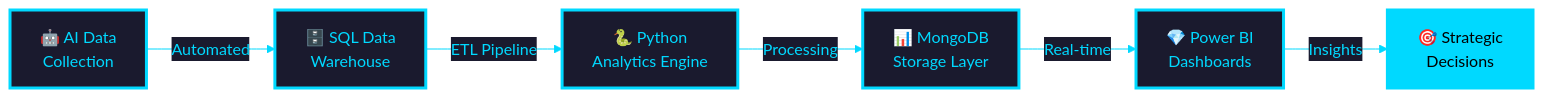
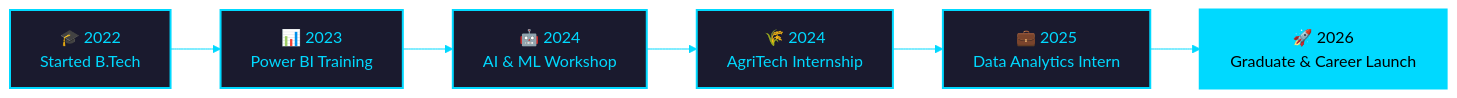
The diagram in README.md (gokul2005083-source/gokul2005083-source-), drawn with Mermaid before and after one commit. The commit also changed other lines of this file, not shown here.

````diff
--- a/README.md
+++ b/README.md
@@ -248,17 +446,17 @@
 ```mermaid
-%%{init: {'theme':'base', 'themeVariables': { 'primaryColor':'#0D1117','primaryTextColor':'#00D9FF','primaryBorderColor':'#00D9FF','lineColor':'#00D9FF','secondaryColor':'#1a1a2e','tertiaryColor':'#16213e'}}}%%
+%%{init: {'theme':'base', 'themeVariables': { 'primaryColor':'#0D1117','primaryTextColor':'#00D9FF','primaryBorderColor':'#00D9FF','lineColor':'#00D9FF'}}}%%
 
 graph LR
-    A[🤖 AI Data<br/>Collection] -->|Automated| B[🗄️ SQL Data<br/>Warehouse]
-    B -->|ETL Pipeline| C[🐍 Python<br/>Analytics Engine]
-    C -->|Processing| D[📊 MongoDB<br/>Storage Layer]
-    D -->|Real-time| E[💎 Power BI<br/>Dashboards]
-    E -->|Insights| F[🎯 Strategic<br/>Decisions]
+    A[🎓 2022<br/>Started B.Tech] --> B[📊 2023<br/>Power BI Training]
+    B --> C[🤖 2024<br/>AI & ML Workshop]
+    C --> D[🌾 2024<br/>AgriTech Internship]
+    D --> E[💼 2025<br/>Data Analytics Intern]
+    E --> F[🚀 2026<br/>Graduate & Career Launch]
     
-    style A fill:#1a1a2e,stroke:#00D9FF,stroke-width:3px,color:#00D9FF
-    style B fill:#1a1a2e,stroke:#00D9FF,stroke-width:3px,color:#00D9FF
-    style C fill:#1a1a2e,stroke:#00D9FF,stroke-width:3px,color:#00D9FF
-    style D fill:#1a1a2e,stroke:#00D9FF,stroke-width:3px,color:#00D9FF
-    style E fill:#1a1a2e,stroke:#00D9FF,stroke-width:3px,color:#00D9FF
+    style A fill:#1a1a2e,stroke:#00D9FF,stroke-width:2px,color:#00D9FF
+    style B fill:#1a1a2e,stroke:#00D9FF,stroke-width:2px,color:#00D9FF
+    style C fill:#1a1a2e,stroke:#00D9FF,stroke-width:2px,color:#00D9FF
+    style D fill:#1a1a2e,stroke:#00D9FF,stroke-width:2px,color:#00D9FF
+    style E fill:#1a1a2e,stroke:#00D9FF,stroke-width:2px,color:#00D9FF
     style F fill:#00D9FF,stroke:#00D9FF,stroke-width:3px,color:#000000
 ```
````
